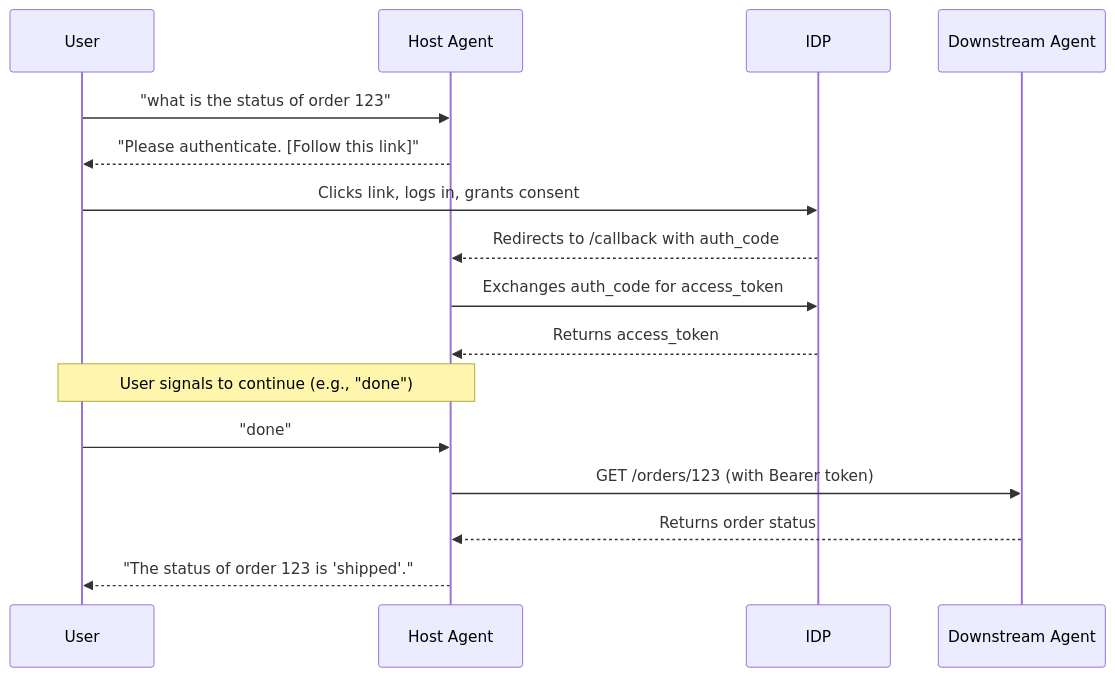
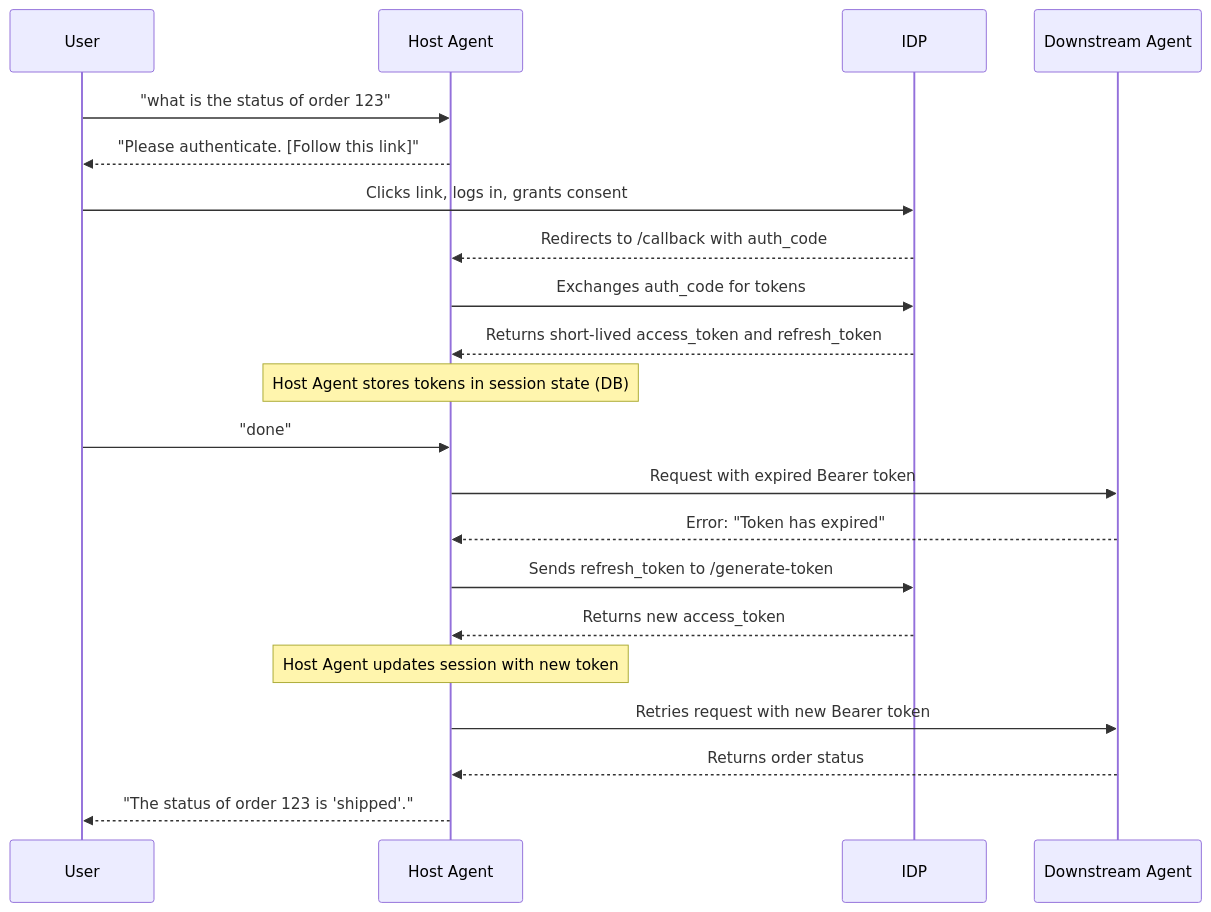
One commit to matthaley/a2a_multiagent changed the diagram in README.md. Above: the diagram before and after it, drawn with Mermaid. The commit also changed other lines of this file and 10 other files, not shown here.

First line of the commit message:
feat: Implement OAuth refresh token flow and fix tests

````diff
--- a/README.md
+++ b/README.md
@@ -41,23 +52,31 @@
 ```mermaid
 sequenceDiagram
     participant User
     participant Host Agent
     participant IDP
     participant Downstream Agent
 
     User->>Host Agent: "what is the status of order 123"
     Host Agent-->>User: "Please authenticate. [Follow this link]"
     
     User->>IDP: Clicks link, logs in, grants consent
     IDP-->>Host Agent: Redirects to /callback with auth_code
     
-    Host Agent->>IDP: Exchanges auth_code for access_token
-    IDP-->>Host Agent: Returns access_token
+    Host Agent->>IDP: Exchanges auth_code for tokens
+    IDP-->>Host Agent: Returns short-lived access_token and refresh_token
     
-    Note over User, Host Agent: User signals to continue (e.g., "done")
-    
+    Note over Host Agent: Host Agent stores tokens in session state (DB)
+
     User->>Host Agent: "done"
-    Host Agent->>Downstream Agent: GET /orders/123 (with Bearer token)
+    Host Agent->>Downstream Agent: Request with expired Bearer token
+    Downstream Agent-->>Host Agent: Error: "Token has expired"
+
+    Host Agent->>IDP: Sends refresh_token to /generate-token
+    IDP-->>Host Agent: Returns new access_token
+
+    Note over Host Agent: Host Agent updates session with new token
+
+    Host Agent->>Downstream Agent: Retries request with new Bearer token
     Downstream Agent-->>Host Agent: Returns order status
     Host Agent-->>User: "The status of order 123 is 'shipped'."
 ```
````
